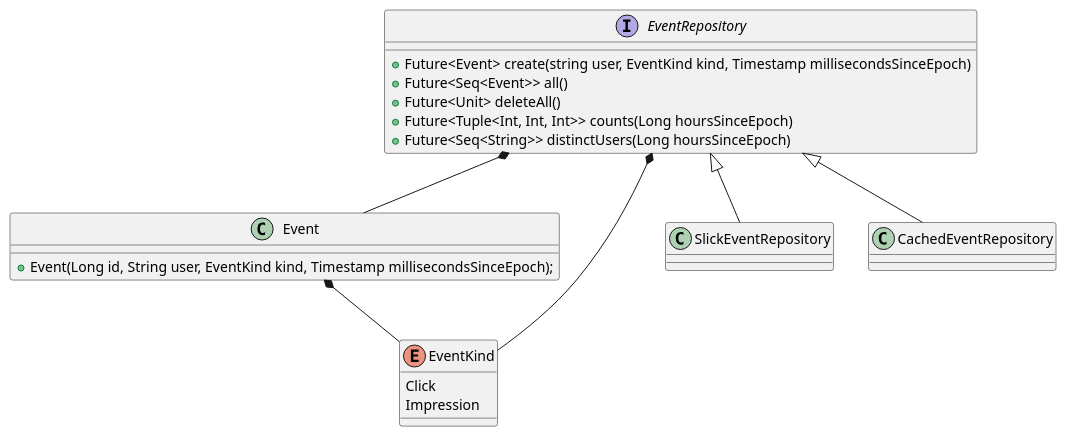
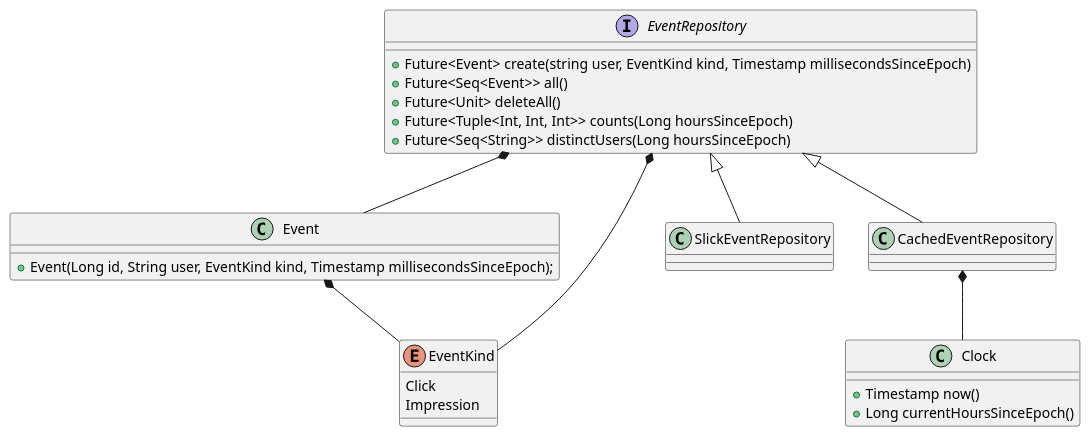
One commit to marciogualtieri/analytics changed the diagram in uml/repository.plantuml. Above: the diagram before and after it, drawn with PlantUML. The commit also changed 1 other file, not shown here.

Commit message:
Fixed UML diagrams

```diff
--- a/uml/repository.plantuml
+++ b/uml/repository.plantuml
@@ -1,28 +1,33 @@
 @startuml
 interface EventRepository {
         +Future<Event> create(string user, EventKind kind, Timestamp millisecondsSinceEpoch)
         +Future<Seq<Event>> all()
         +Future<Unit> deleteAll()
         +Future<Tuple<Int, Int, Int>> counts(Long hoursSinceEpoch)
         +Future<Seq<String>> distinctUsers(Long hoursSinceEpoch)
 }
 
 class Event {
        +Event(Long id, String user, EventKind kind, Timestamp millisecondsSinceEpoch);
 }
 
 enum EventKind {
         Click
         Impression
 }
 
 class SlickEventRepository
 class CachedEventRepository
+class Clock {
+    +Timestamp now()
+    +Long currentHoursSinceEpoch()
+}
 
 EventRepository <|-- SlickEventRepository
 EventRepository <|-- CachedEventRepository
 
 EventRepository *-- Event
 EventRepository *-- EventKind
 Event *-- EventKind
+CachedEventRepository *-- Clock
 @enduml
```
